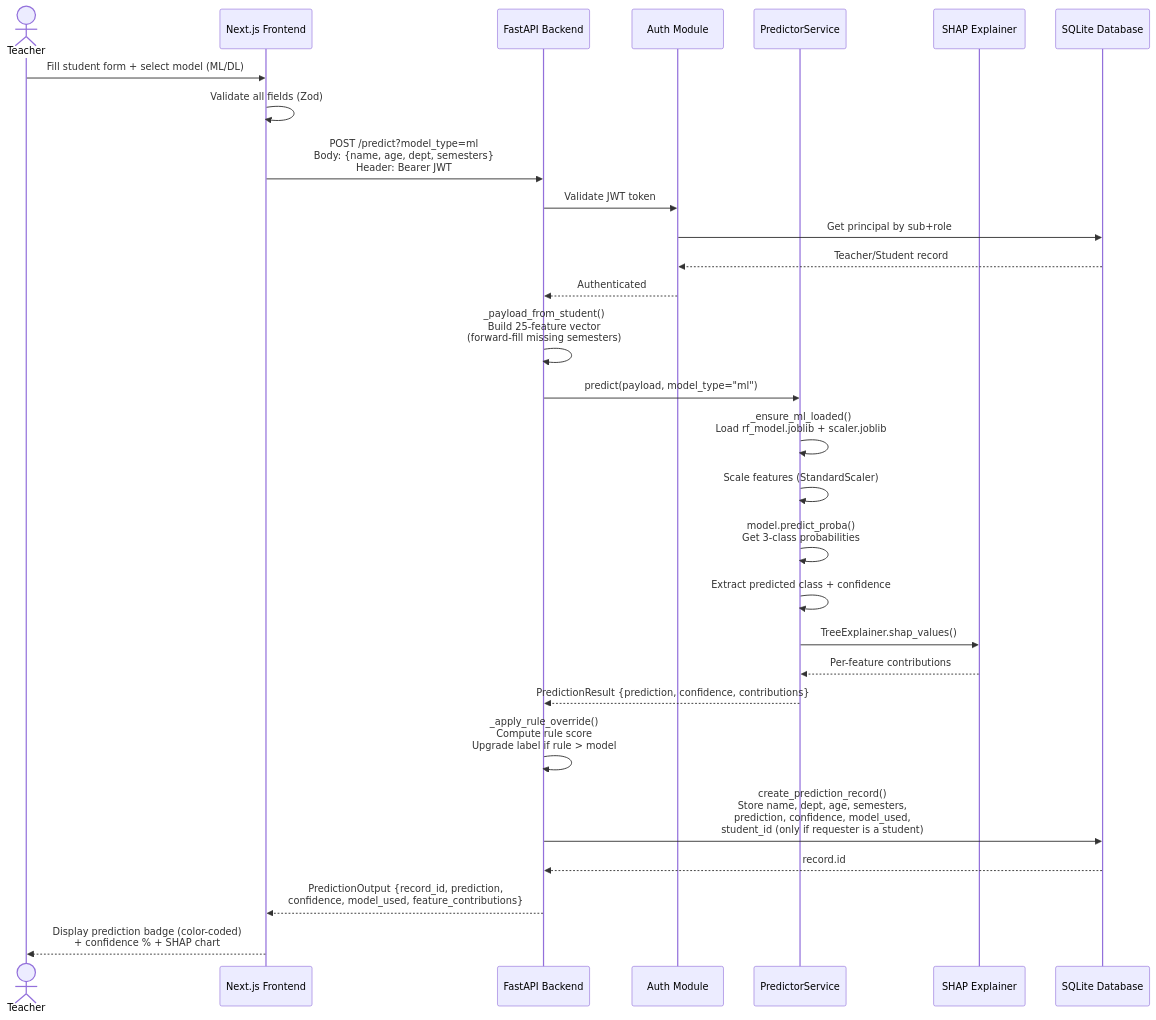
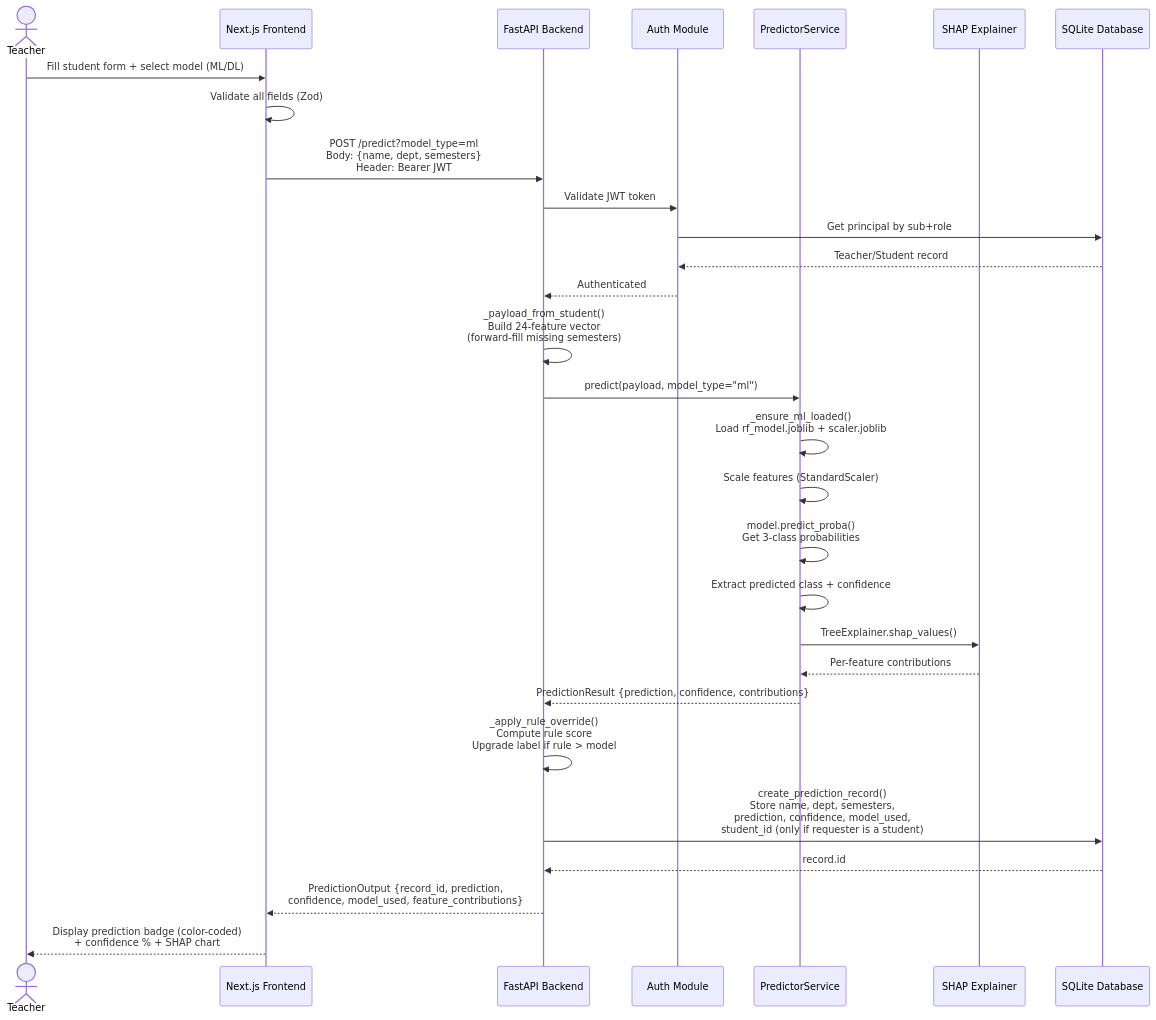
Before and after one commit to vrroshni/student-analyser: the third of 5 diagrams in diagram/08_sequence_diagrams.md, drawn with Mermaid. The commit also changed other lines of this file and 53 other files, not shown here.

````diff
--- a/diagram/08_sequence_diagrams.md
+++ b/diagram/08_sequence_diagrams.md
@@ -77,42 +77,42 @@
 ```mermaid
 sequenceDiagram
     actor Teacher
     participant Frontend as Next.js Frontend
     participant Backend as FastAPI Backend
     participant Auth as Auth Module
     participant Predictor as PredictorService
     participant SHAP as SHAP Explainer
     participant DB as SQLite Database
 
     Teacher->>Frontend: Fill student form + select model (ML/DL)
     Frontend->>Frontend: Validate all fields (Zod)
-    Frontend->>Backend: POST /predict?model_type=ml<br/>Body: {name, age, dept, semesters}<br/>Header: Bearer JWT
+    Frontend->>Backend: POST /predict?model_type=ml<br/>Body: {name, dept, semesters}<br/>Header: Bearer JWT
 
     Backend->>Auth: Validate JWT token
     Auth->>DB: Get principal by sub+role
     DB-->>Auth: Teacher/Student record
     Auth-->>Backend: Authenticated
 
-    Backend->>Backend: _payload_from_student()<br/>Build 25-feature vector<br/>(forward-fill missing semesters)
+    Backend->>Backend: _payload_from_student()<br/>Build 24-feature vector<br/>(forward-fill missing semesters)
 
     Backend->>Predictor: predict(payload, model_type="ml")
     Predictor->>Predictor: _ensure_ml_loaded()<br/>Load rf_model.joblib + scaler.joblib
     Predictor->>Predictor: Scale features (StandardScaler)
     Predictor->>Predictor: model.predict_proba()<br/>Get 3-class probabilities
     Predictor->>Predictor: Extract predicted class + confidence
 
     Predictor->>SHAP: TreeExplainer.shap_values()
     SHAP-->>Predictor: Per-feature contributions
 
     Predictor-->>Backend: PredictionResult {prediction, confidence, contributions}
 
     Backend->>Backend: _apply_rule_override()<br/>Compute rule score<br/>Upgrade label if rule > model
 
-    Backend->>DB: create_prediction_record()<br/>Store name, dept, age, semesters,<br/>prediction, confidence, model_used,<br/>student_id (only if requester is a student)
+    Backend->>DB: create_prediction_record()<br/>Store name, dept, semesters,<br/>prediction, confidence, model_used,<br/>student_id (only if requester is a student)
 
     DB-->>Backend: record.id
 
     Backend-->>Frontend: PredictionOutput {record_id, prediction,<br/>confidence, model_used, feature_contributions}
 
     Frontend-->>Teacher: Display prediction badge (color-coded)<br/>+ confidence % + SHAP chart
 ```
````
